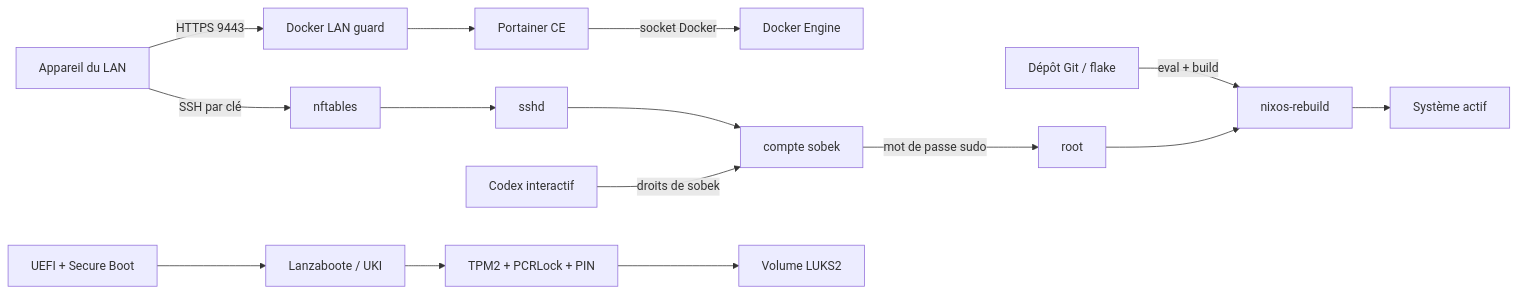
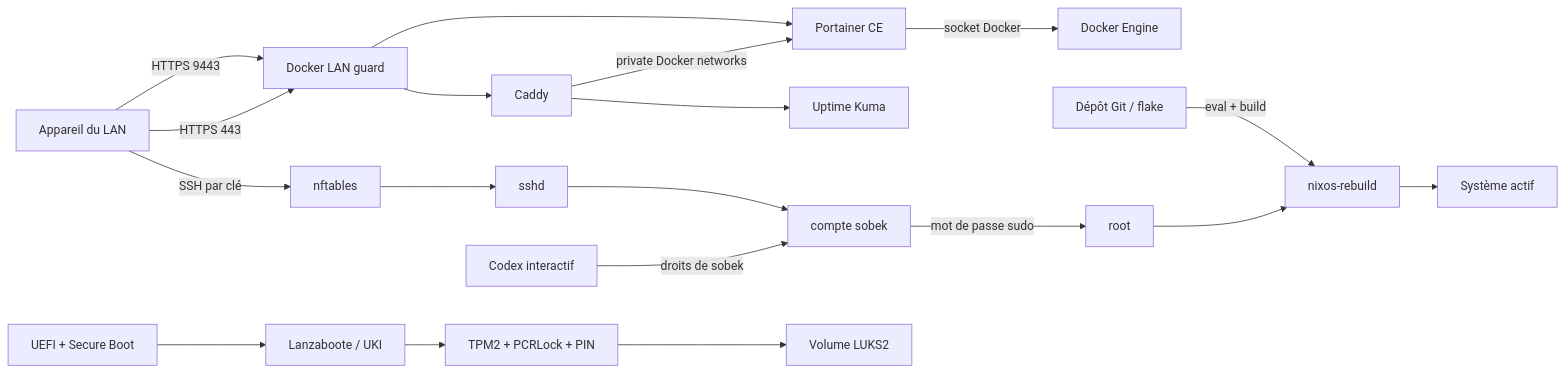
Before and after one commit to sobekkkk/nixos-homelab-conf: the diagram in docs/THREAT_MODEL.md, drawn with Mermaid. The commit also changed other lines of this file and 8 other files, not shown here.

Commit message:
Add local HTTPS proxy and Kuma stack

````diff
--- a/docs/THREAT_MODEL.md
+++ b/docs/THREAT_MODEL.md
@@ -16,17 +16,21 @@
 ```mermaid
 flowchart LR
     LAN[Appareil du LAN] -->|SSH par clé| FW[nftables]
     FW --> SSH[sshd]
     LAN -->|HTTPS 9443| DGUARD[Docker LAN guard]
     DGUARD --> PORTAINER[Portainer CE]
     PORTAINER -->|socket Docker| DOCKER[Docker Engine]
+    LAN -->|HTTPS 443| DGUARD
+    DGUARD --> CADDY[Caddy]
+    CADDY -->|private Docker networks| PORTAINER
+    CADDY --> KUMA[Uptime Kuma]
     SSH --> USER[compte sobek]
     USER -->|mot de passe sudo| ROOT[root]
     GIT[Dépôt Git / flake] -->|eval + build| REBUILD[nixos-rebuild]
     ROOT --> REBUILD
     REBUILD --> SYSTEM[Système actif]
     UEFI[UEFI + Secure Boot] --> UKI[Lanzaboote / UKI]
     UKI --> TPM[TPM2 + PCRLock + PIN]
     TPM --> LUKS[Volume LUKS2]
     CODEX[Codex interactif] -->|droits de sobek| USER
 ```
````
